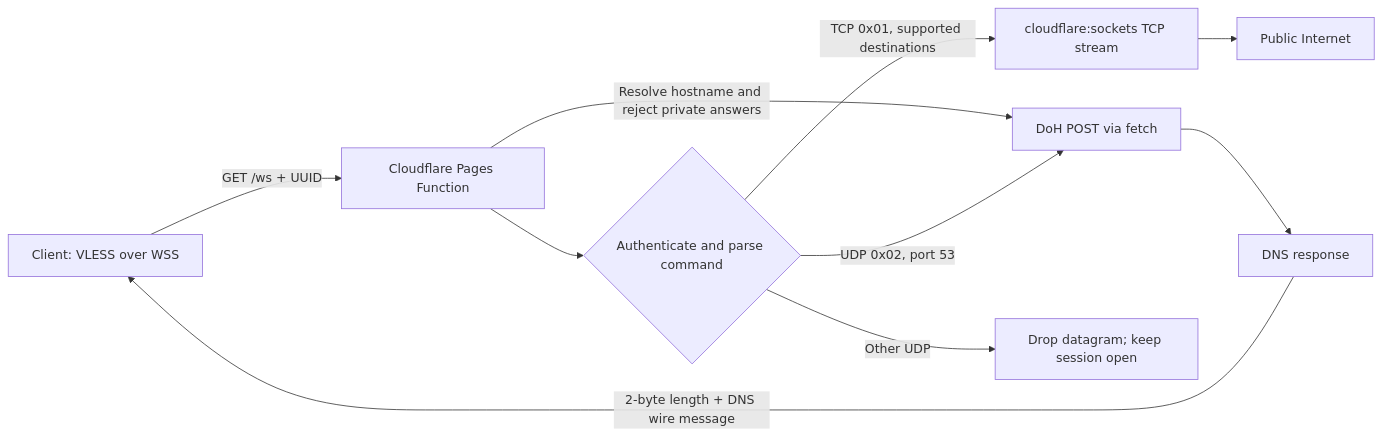
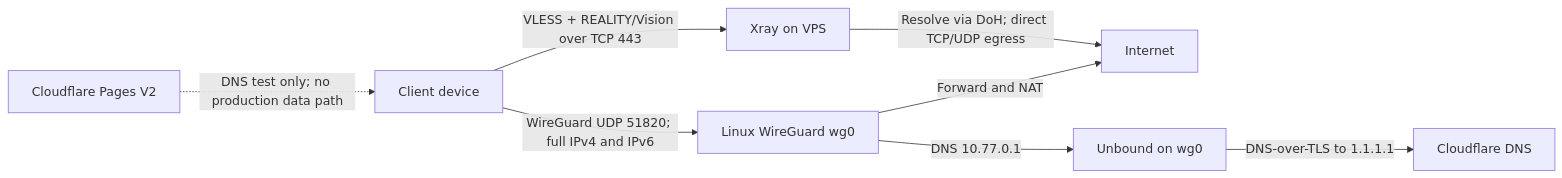
Before and after one commit to Foort123/edge-gateway-v2: the diagram in ARCHITECTURE.md, drawn with Mermaid. The commit also changed other lines of this file and 19 other files, not shown here.

````diff
--- a/ARCHITECTURE.md
+++ b/ARCHITECTURE.md
@@ -25,12 +37,11 @@
 ```mermaid
 flowchart LR
-    C[Client: VLESS over WSS] -->|GET /ws + UUID| P[Cloudflare Pages Function]
-    P --> A{Authenticate and parse command}
-    A -->|TCP 0x01, supported destinations| T[cloudflare:sockets TCP stream]
-    T --> I[Public Internet]
-    P -->|Resolve hostname and reject private answers| D
-    A -->|UDP 0x02, port 53| D[DoH POST via fetch]
-    D --> R[DNS response]
-    R -->|2-byte length + DNS wire message| C
-    A -->|Other UDP| X[Drop datagram; keep session open]
+    C[Client device]
+    C -->|WireGuard UDP 51820; full IPv4 and IPv6| W[Linux WireGuard wg0]
+    W -->|Forward and NAT| I[Internet]
+    C -->|VLESS + REALITY/Vision over TCP 443| X[Xray on VPS]
+    X -->|Resolve via DoH; direct TCP/UDP egress| I
+    W -->|DNS 10.77.0.1| U[Unbound on wg0]
+    U -->|DNS-over-TLS to 1.1.1.1| D[Cloudflare DNS]
+    P[Cloudflare Pages V2] -. DNS test only; no production data path .-> C
 ```
````
